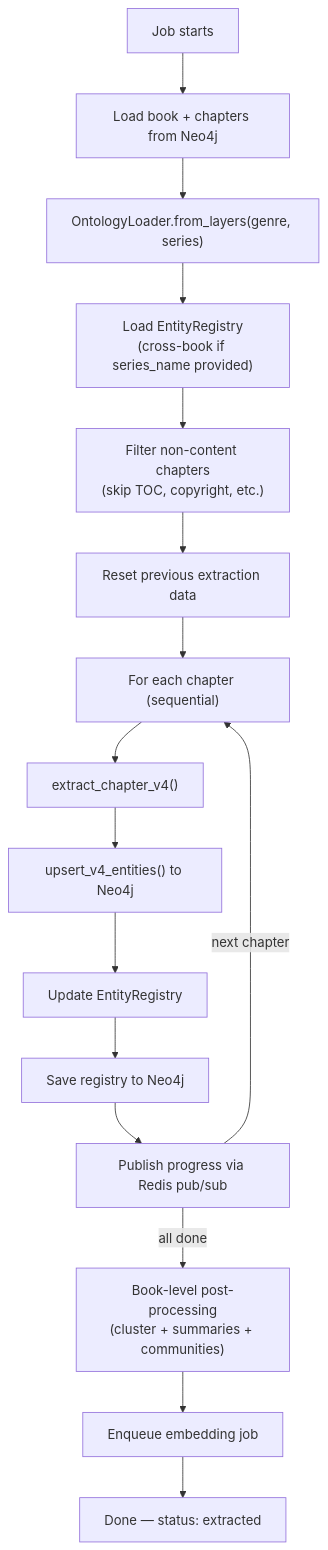
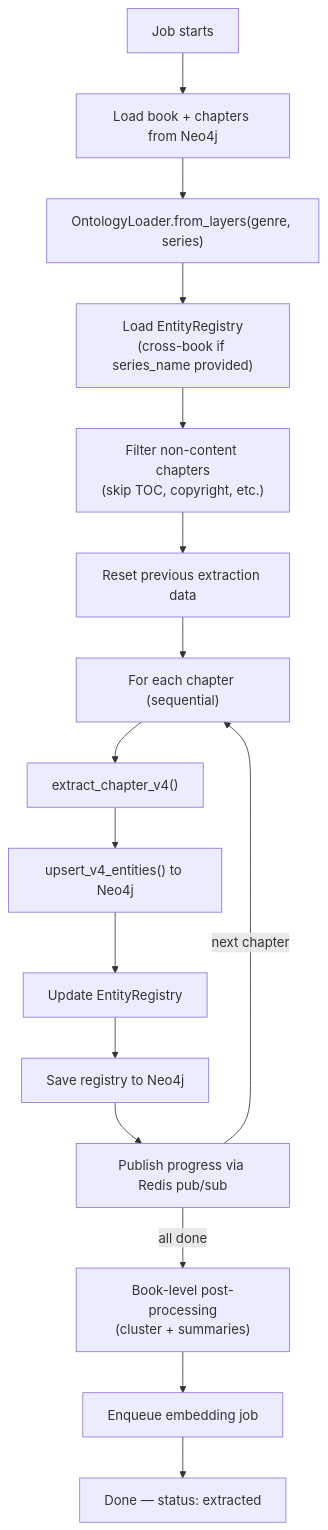
The seventh of 8 diagrams in docs/extraction-pipeline.md (xairon/WorldRAG), drawn with Mermaid before and after one commit. The commit also changed other lines of this file and 65 other files, not shown here.

First line of the commit message:
refactor: remove Graphiti, saga profiles, and 7.5K lines of dead code

````diff
--- a/docs/extraction-pipeline.md
+++ b/docs/extraction-pipeline.md
@@ -693,23 +691,23 @@
 ```mermaid
 flowchart TB
     Start["Job starts"]
     LoadBook["Load book + chapters from Neo4j"]
     LoadOntology["OntologyLoader.from_layers(genre, series)"]
     LoadRegistry["Load EntityRegistry<br/>(cross-book if series_name provided)"]
     Filter["Filter non-content chapters<br/>(skip TOC, copyright, etc.)"]
     Reset["Reset previous extraction data"]
     Loop["For each chapter (sequential)"]
     Extract["extract_chapter_v4()"]
     Persist["upsert_v4_entities() to Neo4j"]
     UpdateRegistry["Update EntityRegistry"]
     SaveRegistry["Save registry to Neo4j"]
     Progress["Publish progress via Redis pub/sub"]
-    PostProcess["Book-level post-processing<br/>(cluster + summaries + communities)"]
+    PostProcess["Book-level post-processing<br/>(cluster + summaries)"]
     Embed["Enqueue embedding job"]
     Done["Done — status: extracted"]
 
     Start --> LoadBook --> LoadOntology --> LoadRegistry --> Filter --> Reset --> Loop
     Loop --> Extract --> Persist --> UpdateRegistry --> SaveRegistry --> Progress
     Progress -->|"next chapter"| Loop
     Progress -->|"all done"| PostProcess --> Embed --> Done
 ```
````
